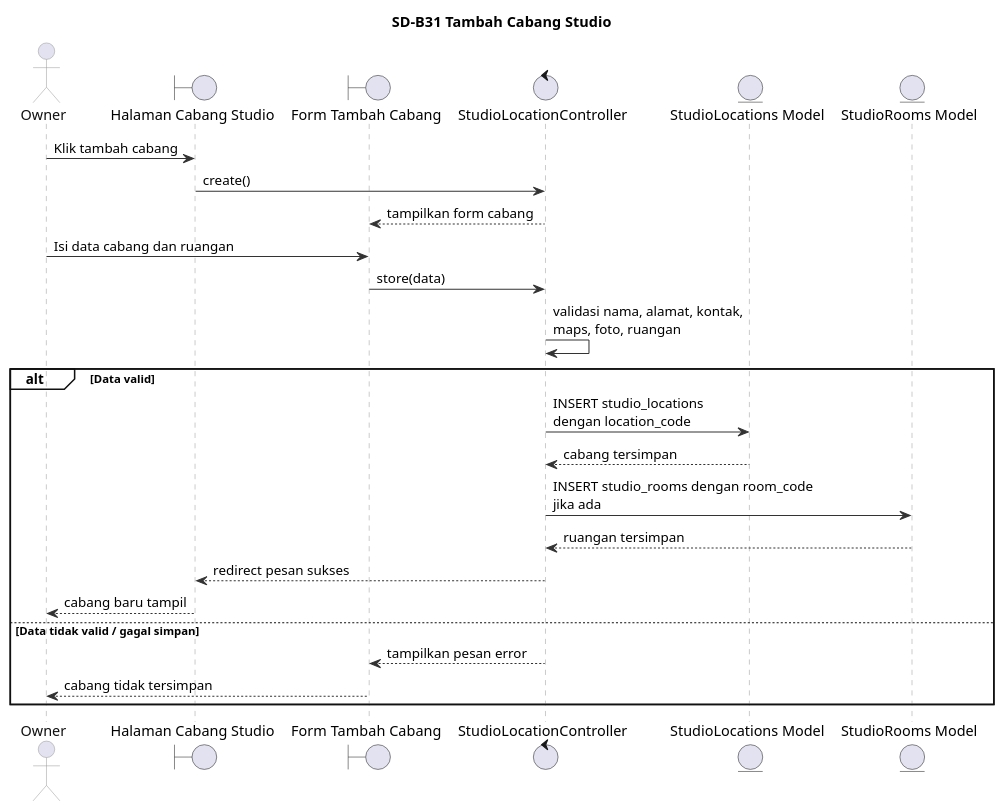
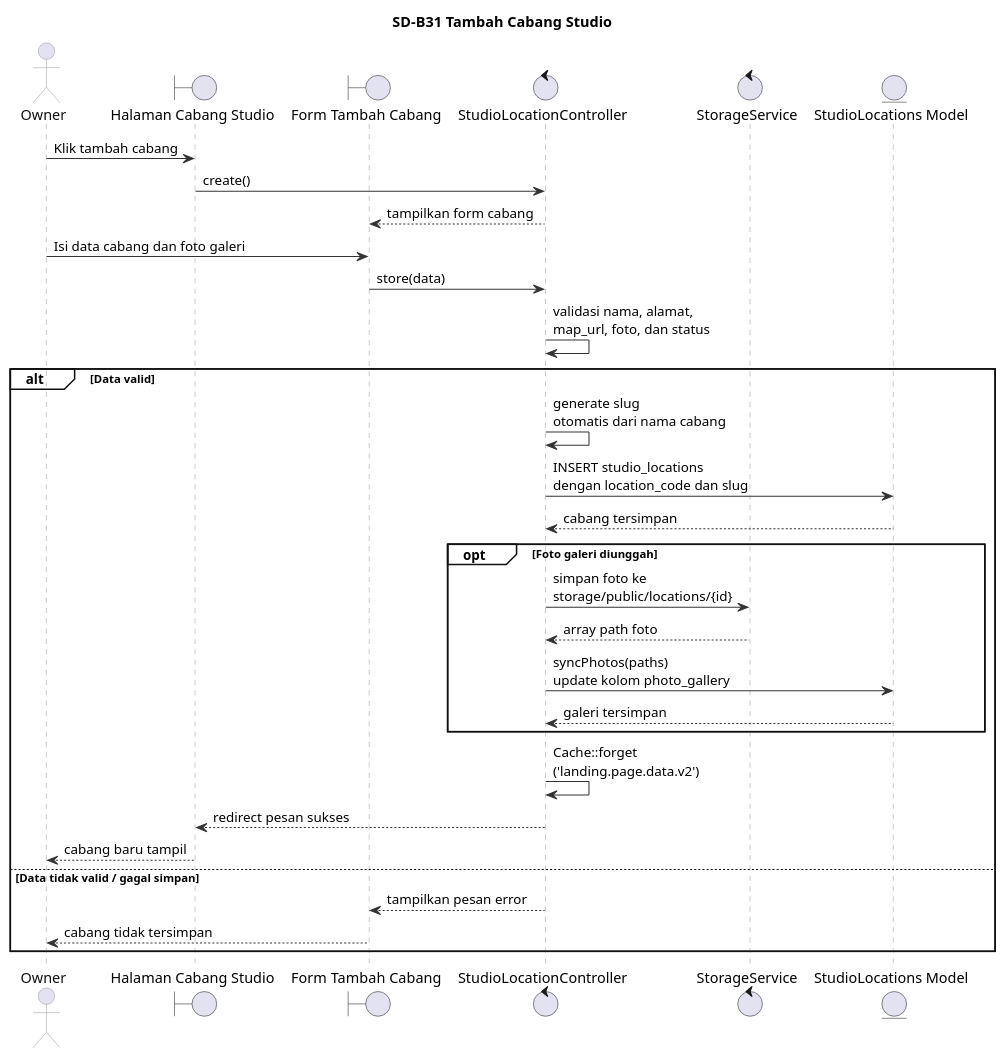
Before and after one commit to Fajrinputra/alterstudio-ta: the diagram in sequence/SD-B31.puml, drawn with PlantUML. The commit also changed 8 other files, not shown here.

```diff
--- a/sequence/SD-B31.puml
+++ b/sequence/SD-B31.puml
@@ -1,46 +1,52 @@
 @startuml
 title SD-B31 Tambah Cabang Studio
 
 skinparam backgroundColor white
 skinparam shadowing false
 skinparam BoxPadding 4
 skinparam sequence {
     ArrowColor #333333
     LifeLineBorderColor #999999
     LifeLineBackgroundColor white
     ParticipantBorderColor #999999
     ParticipantBackgroundColor #ECEEF8
     ParticipantFontColor #111111
     ActorBorderColor #999999
     ActorFontColor #111111
     GroupBorderColor #111111
     GroupBackgroundColor transparent
 }
 
 actor "Owner" as Owner
 boundary "Halaman Cabang Studio" as HalamanCabang
 boundary "Form Tambah Cabang" as FormTambah
 control "StudioLocationController" as StudioLocationController
+control "StorageService" as StorageService
 entity "StudioLocations Model" as StudioLocation
-entity "StudioRooms Model" as StudioRoom
 
 Owner -> HalamanCabang : Klik tambah cabang
 HalamanCabang -> StudioLocationController : create()
 StudioLocationController --> FormTambah : tampilkan form cabang
-Owner -> FormTambah : Isi data cabang dan ruangan
+Owner -> FormTambah : Isi data cabang dan foto galeri
 FormTambah -> StudioLocationController : store(data)
-StudioLocationController -> StudioLocationController : validasi nama, alamat, kontak,\nmaps, foto, ruangan
+StudioLocationController -> StudioLocationController : validasi nama, alamat,\nmap_url, foto, dan status
 
 alt Data valid
-    StudioLocationController -> StudioLocation : INSERT studio_locations\ndengan location_code
+    StudioLocationController -> StudioLocationController : generate slug\notomatis dari nama cabang
+    StudioLocationController -> StudioLocation : INSERT studio_locations\ndengan location_code dan slug
     StudioLocation --> StudioLocationController : cabang tersimpan
-    StudioLocationController -> StudioRoom : INSERT studio_rooms dengan room_code\njika ada
-    StudioRoom --> StudioLocationController : ruangan tersimpan
+    opt Foto galeri diunggah
+        StudioLocationController -> StorageService : simpan foto ke\nstorage/public/locations/{id}
+        StorageService --> StudioLocationController : array path foto
+        StudioLocationController -> StudioLocation : syncPhotos(paths)\nupdate kolom photo_gallery
+        StudioLocation --> StudioLocationController : galeri tersimpan
+    end
+    StudioLocationController -> StudioLocationController : Cache::forget\n('landing.page.data.v2')
     StudioLocationController --> HalamanCabang : redirect pesan sukses
     HalamanCabang --> Owner : cabang baru tampil
 else Data tidak valid / gagal simpan
     StudioLocationController --> FormTambah : tampilkan pesan error
     FormTambah --> Owner : cabang tidak tersimpan
 end
 
 @enduml
```
